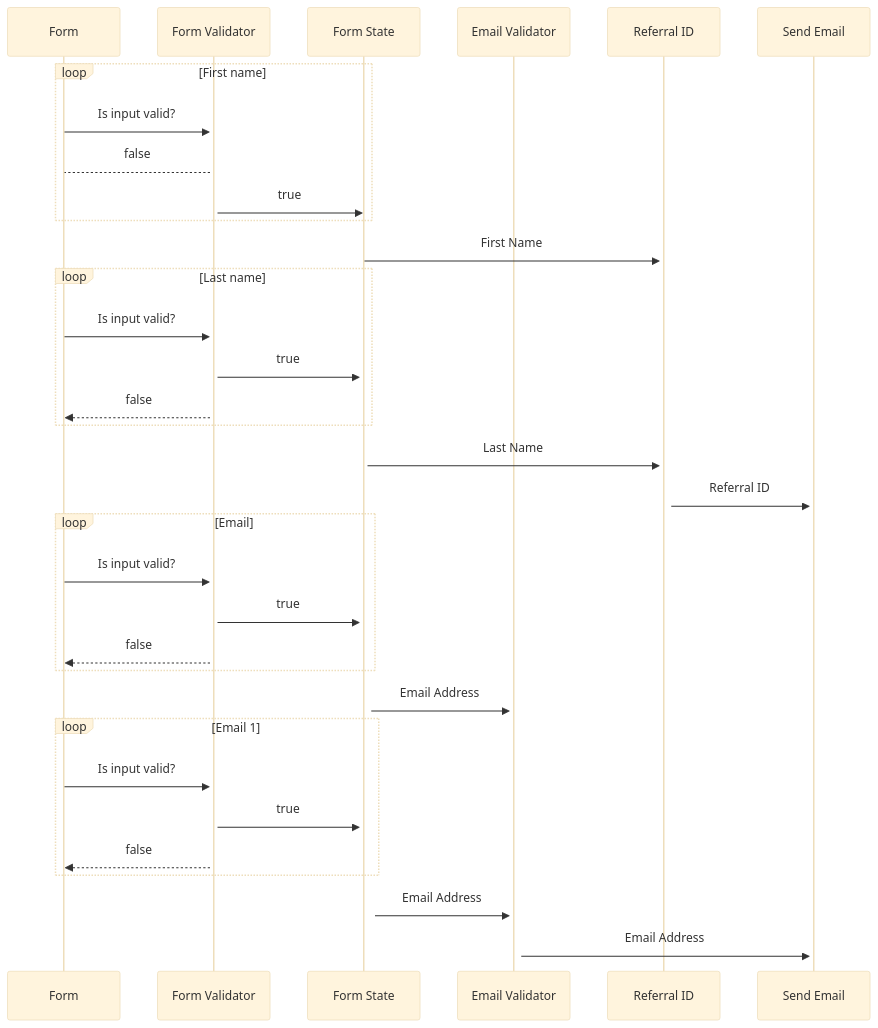
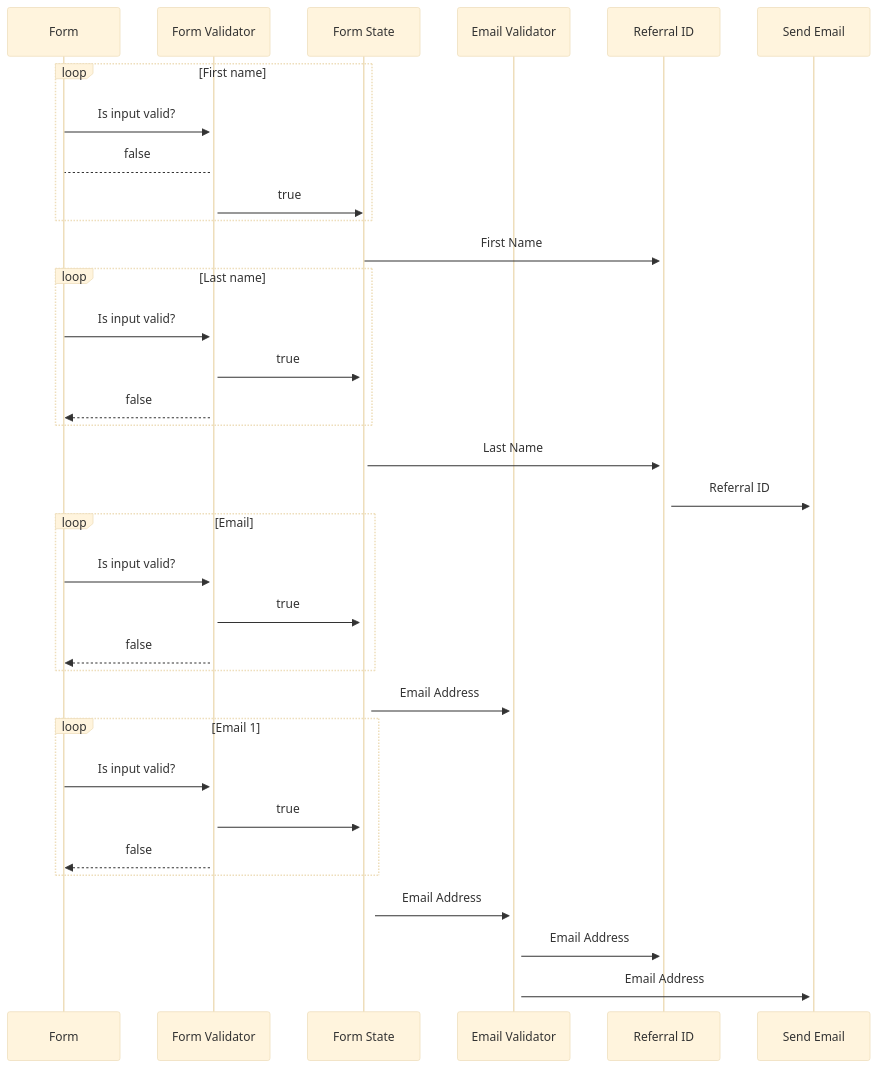
The second of 5 diagrams in doc/HLD.MD (abutahermuhammad/Email-Sender), drawn with Mermaid before and after one commit.

Commit message:
HLD update

````diff
--- a/doc/HLD.MD
+++ b/doc/HLD.MD
@@ -85,47 +85,48 @@
 ```mermaid
 %%{init: {'securityLevel': 'loose', 'theme':'base'}}%%
 sequenceDiagram
     participant FN as Form
     participant SV as Form Validator
     participant FS as Form State
     participant EV as Email Validator
     participant RID as Referral ID
     participant SE as Send Email
 
 
     loop First name
         FN ->>+ SV: Is input valid?
         SV--> FN: false
         SV ->> FS: true
     end
     FS ->>+ RID: First Name
 
 
     loop Last name
         FN ->> SV: Is input valid?
         SV ->>+ FS: true
         SV-->> FN: false
     end
     FS ->>+ RID: Last Name
     RID ->>+ SE: Referral ID
 
 
     loop Email
         FN ->> SV: Is input valid?
         SV ->>+ FS: true
         SV-->> FN: false
     end
     FS ->>+ EV: Email Address
 
 
     loop Email 1
         FN ->> SV: Is input valid?
         SV ->>+ FS: true
         SV-->> FN: false
     end
     FS ->>+ EV: Email Address
+    EV ->>+ RID: Email Address
     EV ->>+ SE: Email Address
 
 
 
 ```
````
